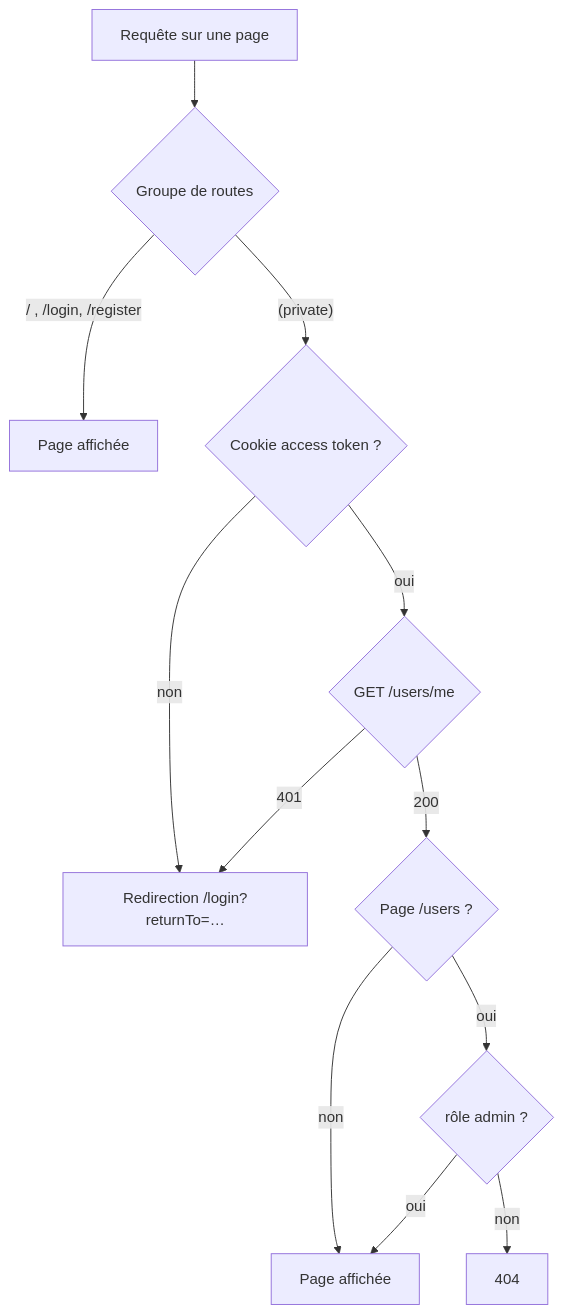
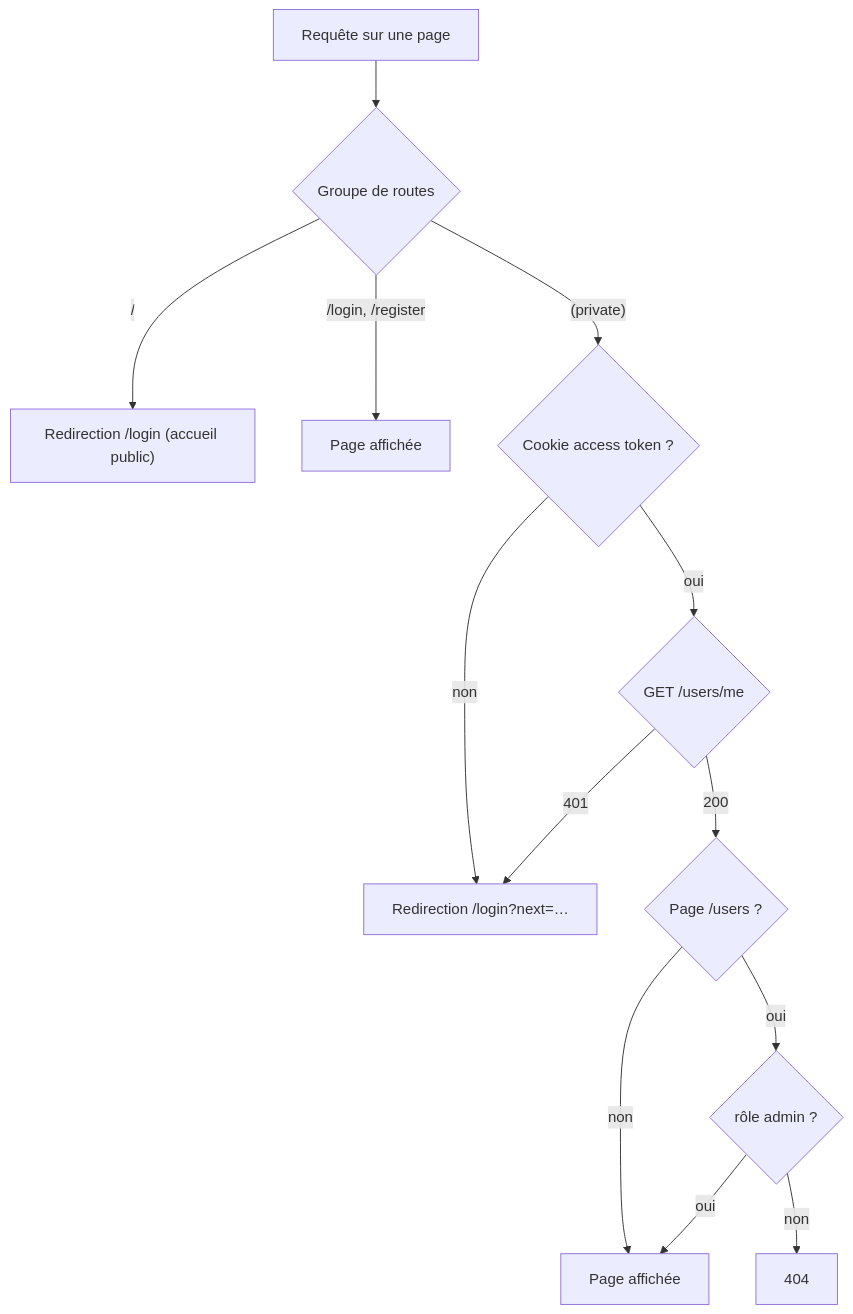
The fourth of 5 diagrams in docs/02-authentification.md (AntonHarzhanau/Nero-Workout), drawn with Mermaid before and after one commit. The commit also changed other lines of this file and 9 other files, not shown here.

````diff
--- a/docs/02-authentification.md
+++ b/docs/02-authentification.md
@@ -96,14 +96,15 @@
 ```mermaid
 flowchart TD
     req[Requête sur une page] --> group{Groupe de routes}
-    group -- "/ , /login, /register" --> ok[Page affichée]
+    group -- "/" --> home["Redirection /login (accueil public)"]
+    group -- "/login, /register" --> ok[Page affichée]
     group -- "(private)" --> cookie{Cookie access token ?}
-    cookie -- non --> redirect["Redirection /login?returnTo=…"]
+    cookie -- non --> redirect["Redirection /login?next=…"]
     cookie -- oui --> me{"GET /users/me"}
     me -- 401 --> redirect
     me -- 200 --> admin{"Page /users ?"}
     admin -- non --> ok2[Page affichée]
     admin -- oui --> role{rôle admin ?}
     role -- oui --> ok2
     role -- non --> nf[404]
 ```
````
